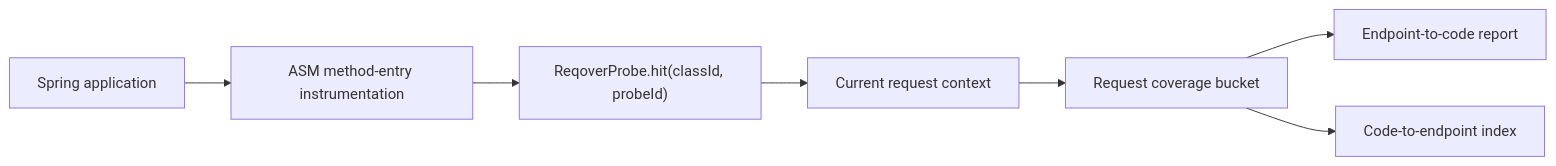
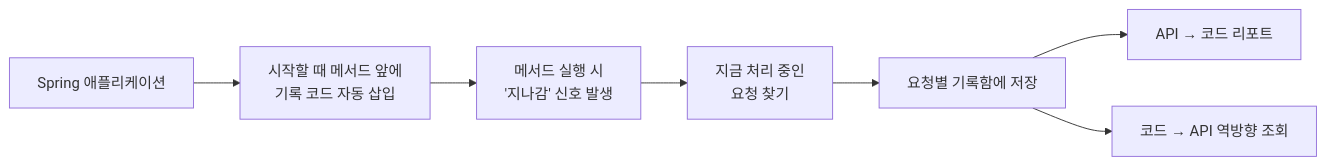
The diagram in README.md (reqover-labs/reqover), drawn with Mermaid before and after one commit. The commit also changed other lines of this file, not shown here.

````diff
--- a/README.md
+++ b/README.md
@@ -128,9 +147,9 @@
 ```mermaid
 flowchart LR
-  A["Spring application"] --> B["ASM method-entry instrumentation"]
-  B --> C["ReqoverProbe.hit(classId, probeId)"]
-  C --> D["Current request context"]
-  D --> E["Request coverage bucket"]
-  E --> F["Endpoint-to-code report"]
-  E --> G["Code-to-endpoint index"]
+  A["Spring 애플리케이션"] --> B["시작할 때 메서드 앞에<br/>기록 코드 자동 삽입"]
+  B --> C["메서드 실행 시<br/>'지나감' 신호 발생"]
+  C --> D["지금 처리 중인<br/>요청 찾기"]
+  D --> E["요청별 기록함에 저장"]
+  E --> F["API → 코드 리포트"]
+  E --> G["코드 → API 역방향 조회"]
 ```
````
